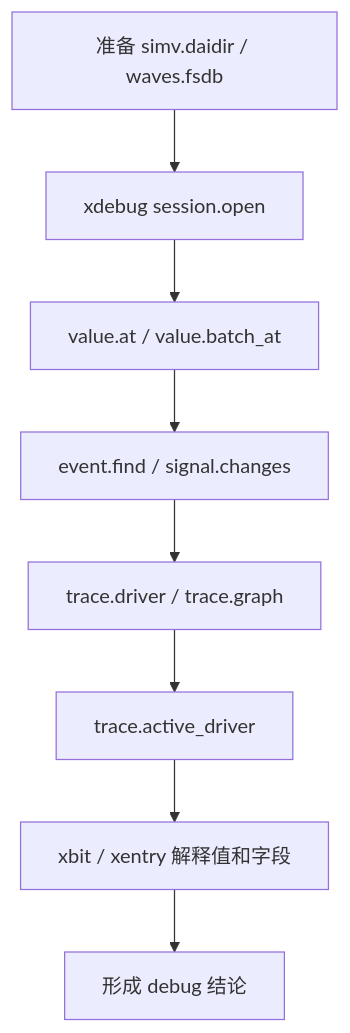
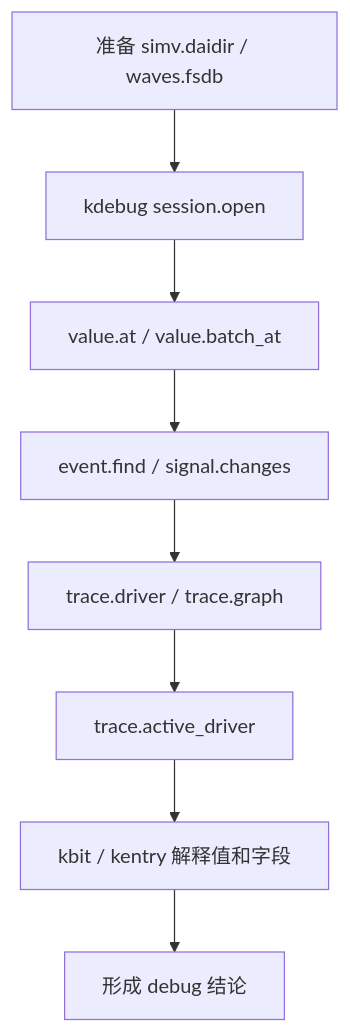
The fifth of 6 diagrams in README.md (ysyx-22040210-yudian/xverif), drawn with Mermaid before and after one commit. The commit also changed other lines of this file and 2243 other files, not shown here.

````diff
--- a/README.md
+++ b/README.md
@@ -1845,10 +1847,10 @@
 ```mermaid
 flowchart TD
-    A["准备 simv.daidir / waves.fsdb"] --> B["xdebug session.open"]
+    A["准备 simv.daidir / waves.fsdb"] --> B["kdebug session.open"]
     B --> C["value.at / value.batch_at"]
     C --> D["event.find / signal.changes"]
     D --> E["trace.driver / trace.graph"]
     E --> F["trace.active_driver"]
-    F --> G["xbit / xentry 解释值和字段"]
+    F --> G["kbit / kentry 解释值和字段"]
     G --> H["形成 debug 结论"]
 ```
````
